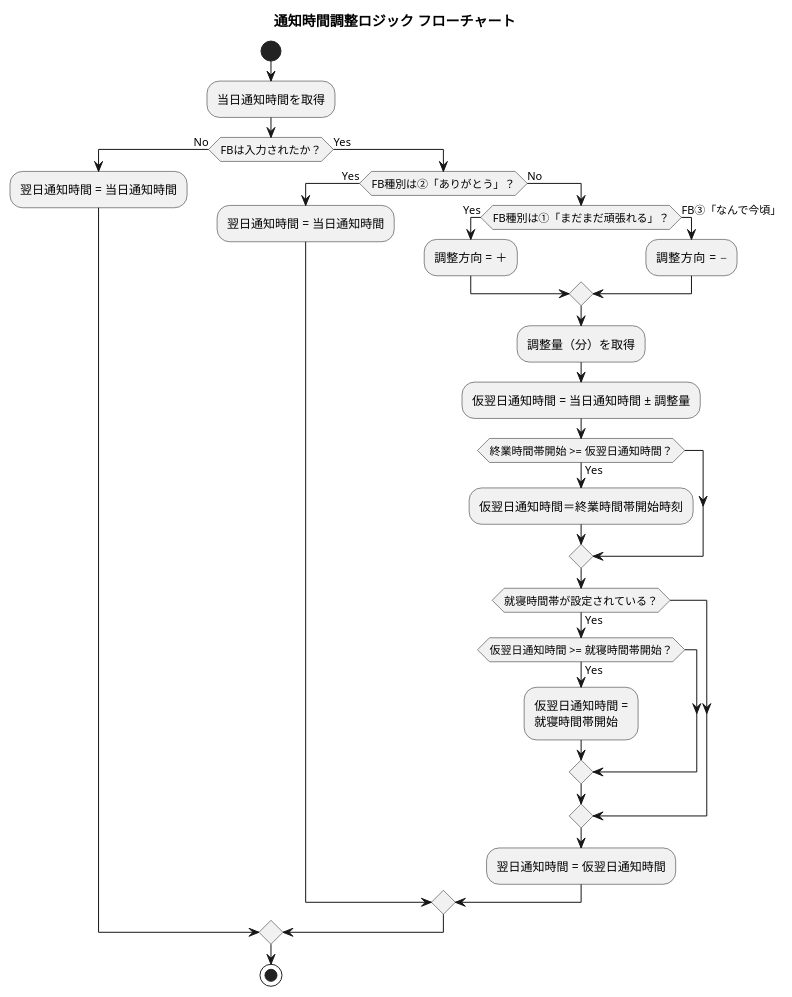
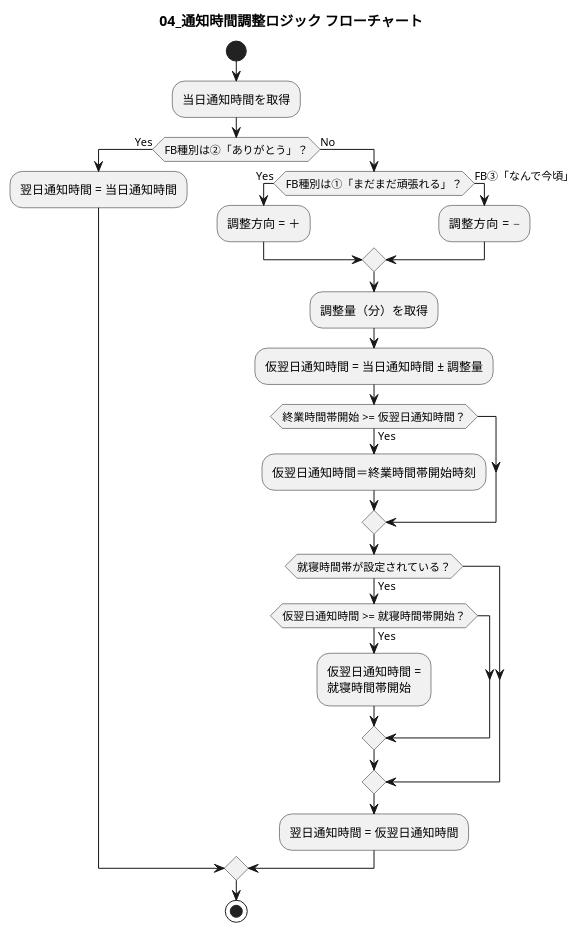
One commit to akamatrixxx/justtime changed the diagram in assets/specifications/基本設計/04_通知時刻算出フロー.pu. Above: the diagram before and after it, drawn with PlantUML. The commit also changed 9 other files, not shown here.

```diff
--- a/assets/specifications/基本設計/04_通知時刻算出フロー.pu
+++ b/assets/specifications/基本設計/04_通知時刻算出フロー.pu
@@ -1,44 +1,36 @@
 @startuml
-title 通知時間調整ロジック フローチャート
+title 04_通知時間調整ロジック フローチャート
 
 start
 
 :当日通知時間を取得;
-
-if (FBは入力されたか？) then (No)
-  :翌日通知時間 = 当日通知時間;
-  
-else (Yes)
-
-
 if (FB種別は②「ありがとう」？) then (Yes)
   :翌日通知時間 = 当日通知時間;
 else (No)
 
 
 if (FB種別は①「まだまだ頑張れる」？) then (Yes)
   :調整方向 = ＋;
 else (FB③「なんで今頃」)
   :調整方向 = −;
 endif
 
 :調整量（分）を取得;
 :仮翌日通知時間 = 当日通知時間 ± 調整量;
 
 if (終業時間帯開始 >= 仮翌日通知時間？) then (Yes)
   :仮翌日通知時間＝終業時間帯開始時刻;
 endif
 
 if (就寝時間帯が設定されている？) then (Yes)
   if (仮翌日通知時間 >= 就寝時間帯開始？) then (Yes)
     :仮翌日通知時間 =\n就寝時間帯開始;
   endif
 endif
 
 :翌日通知時間 = 仮翌日通知時間;
 endif 
-endif
 
 stop
 
 @enduml
```
